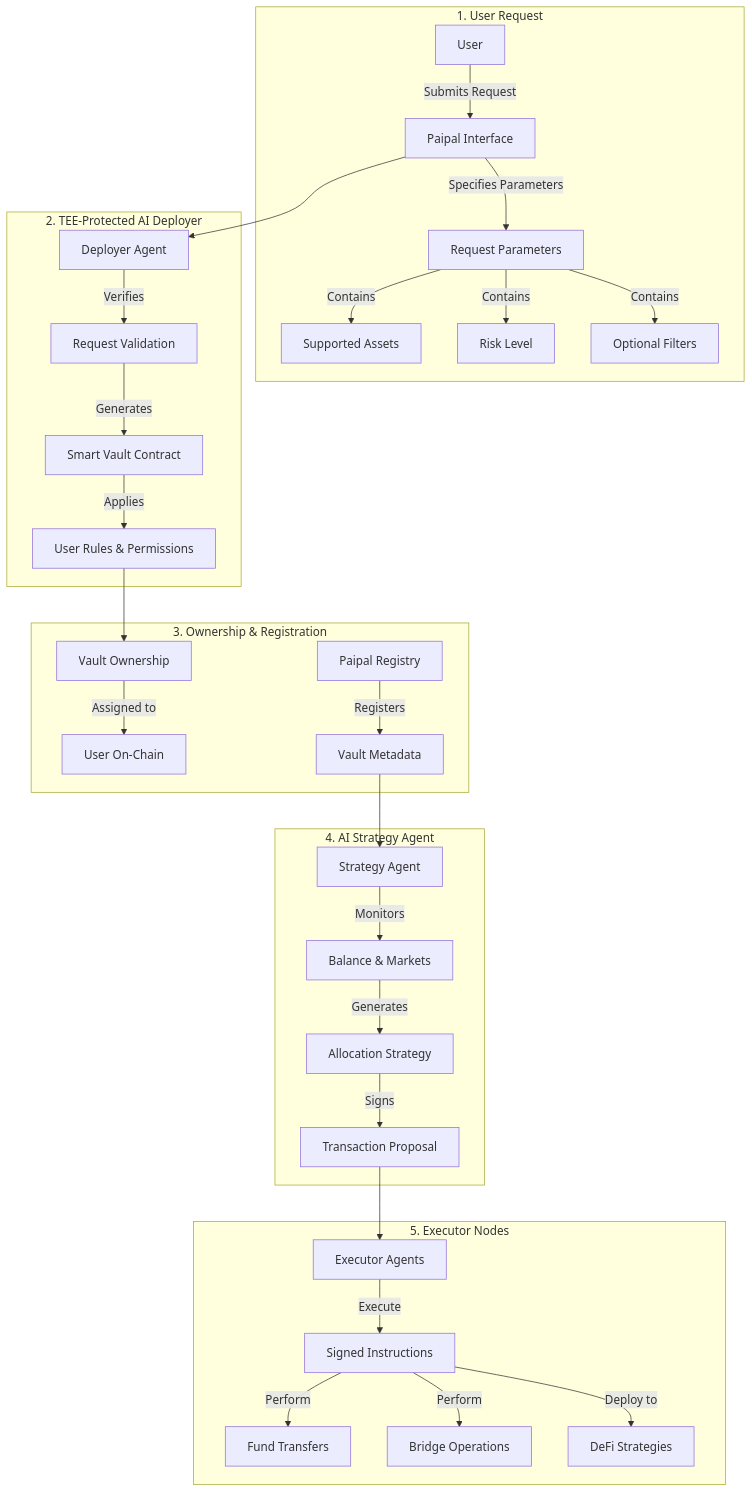
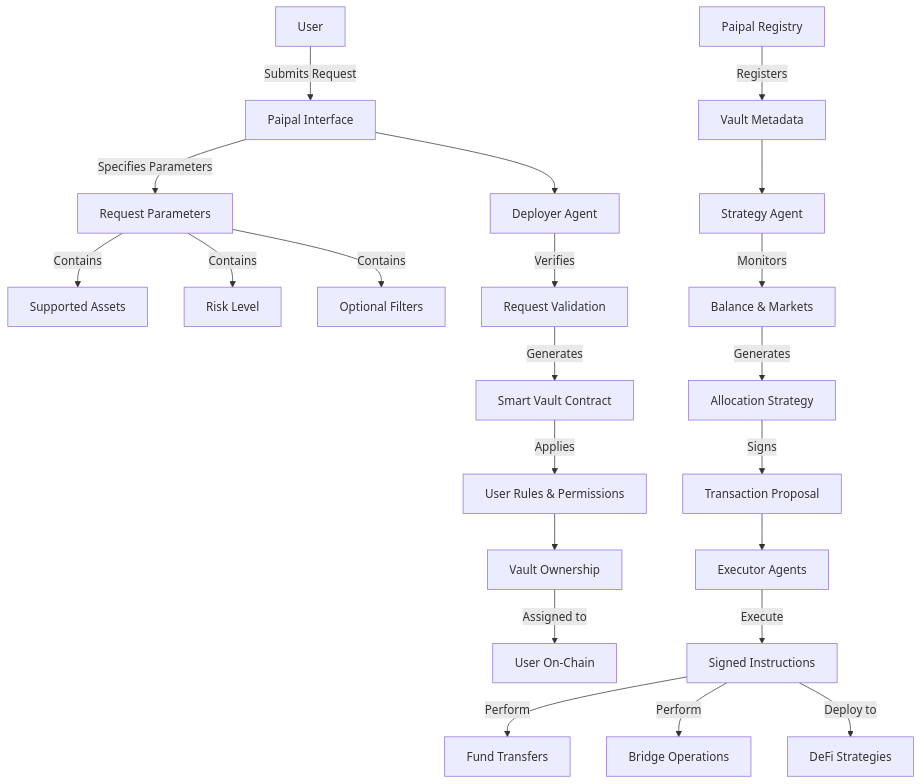
The diagram in docs/VAULT_DEPLOYMENT.md (natural-eaglets/paipal), drawn with Mermaid before and after one commit. The commit also changed other lines of this file, not shown here.

````diff
--- a/docs/VAULT_DEPLOYMENT.md
+++ b/docs/VAULT_DEPLOYMENT.md
@@ -11,39 +102,24 @@
 ```mermaid
-flowchart TB
-    subgraph "1. User Request"
-        A[User] -->|Submits Request| B[Paipal Interface]
-        B -->|Specifies Parameters| C[Request Parameters]
-        C -->|Contains| D[Supported Assets]
-        C -->|Contains| E[Risk Level]
-        C -->|Contains| F[Optional Filters]
-    end
-
-    subgraph "2. TEE-Protected AI Deployer"
-        G[Deployer Agent] -->|Verifies| H[Request Validation]
-        H -->|Generates| I[Smart Vault Contract]
-        I -->|Applies| J[User Rules & Permissions]
-    end
-
-    subgraph "3. Ownership & Registration"
-        K[Vault Ownership] -->|Assigned to| L[User On-Chain]
-        M[Paipal Registry] -->|Registers| N[Vault Metadata]
-    end
-
-    subgraph "4. AI Strategy Agent"
-        O[Strategy Agent] -->|Monitors| P[Balance & Markets]
-        P -->|Generates| Q[Allocation Strategy]
-        Q -->|Signs| R[Transaction Proposal]
-    end
-
-    subgraph "5. Executor Nodes"
-        S[Executor Agents] -->|Execute| T[Signed Instructions]
-        T -->|Perform| U[Fund Transfers]
-        T -->|Perform| V[Bridge Operations]
-        T -->|Deploy to| W[DeFi Strategies]
-    end
-
-    B --> G
-    J --> K
-    N --> O
-    R --> S
-```
+graph TD
+    A[User] -->|Submits Request| B[Paipal Interface]
+    B -->|Specifies Parameters| C[Request Parameters]
+    C -->|Contains| D[Supported Assets]
+    C -->|Contains| E[Risk Level]
+    C -->|Contains| F[Optional Filters]
+    B --> G[Deployer Agent]
+    G -->|Verifies| H[Request Validation]
+    H -->|Generates| I[Smart Vault Contract]
+    I -->|Applies| J[User Rules & Permissions]
+    J --> K[Vault Ownership]
+    K -->|Assigned to| L[User On-Chain]
+    M[Paipal Registry] -->|Registers| N[Vault Metadata]
+    N --> O[Strategy Agent]
+    O -->|Monitors| P[Balance & Markets]
+    P -->|Generates| Q[Allocation Strategy]
+    Q -->|Signs| R[Transaction Proposal]
+    R --> S[Executor Agents]
+    S -->|Execute| T[Signed Instructions]
+    T -->|Perform| U[Fund Transfers]
+    T -->|Perform| V[Bridge Operations]
+    T -->|Deploy to| W[DeFi Strategies]
+``` 
````
